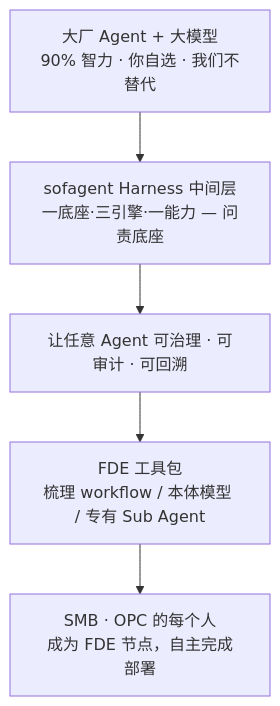
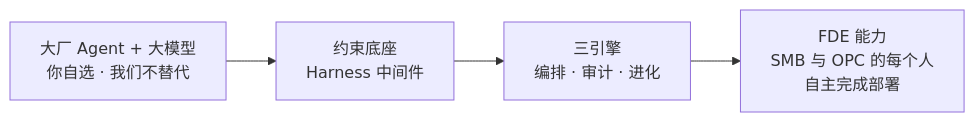
The diagram in FDE/FDE.md (KongFangXun/sofagent), drawn with Mermaid before and after one commit. The commit also changed other lines of this file and 7 other files, not shown here.

First line of the commit message:
docs: 统一「一底座·三引擎·一能力」口径 + 修复 A3 commit 钩子 ghost bug

````diff
--- a/FDE/FDE.md
+++ b/FDE/FDE.md
@@ -49,7 +49,6 @@
 ```mermaid
-graph TD
-    A[大厂 Agent + 大模型<br/>90% 智力 · 你自选 · 我们不替代] --> B[sofagent Harness 中间层<br/>一底座·三引擎·一能力 — 问责底座]
-    B --> C[让任意 Agent 可治理 · 可审计 · 可回溯]
-    C --> D[FDE 工具包<br/>梳理 workflow / 本体模型 / 专有 Sub Agent]
-    D --> E[SMB · OPC 的每个人<br/>成为 FDE 节点，自主完成部署]
+graph LR
+    A[大厂 Agent + 大模型<br/>你自选 · 我们不替代] --> B[约束底座<br/>Harness 中间件]
+    B --> C[三引擎<br/>编排 · 审计 · 进化]
+    C --> D[FDE 能力<br/>SMB 与 OPC 的每个人<br/>自主完成部署]
 ```
````
